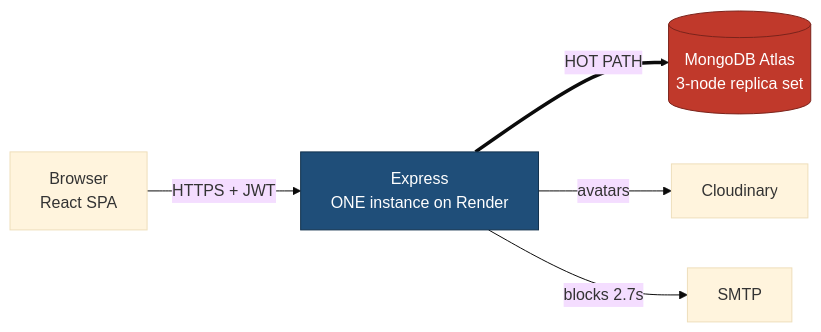
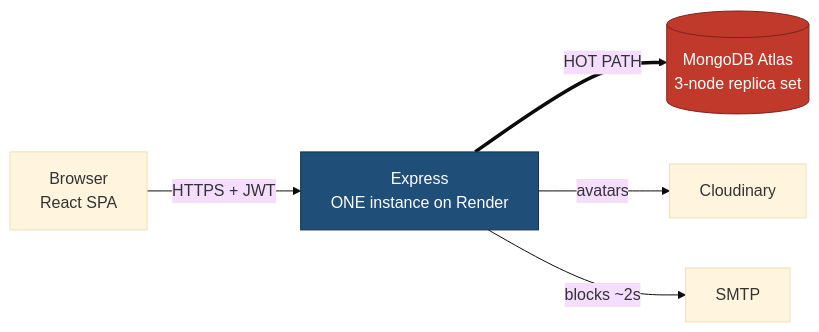
One commit to victor-chukwuemeke/kanban-backend- changed the first of 3 diagrams in docs/ARCHITECTURE.md. Above: the diagram before and after it, drawn with Mermaid (base theme). The commit also changed other lines of this file and 1 other file, not shown here.

First line of the commit message:
docs: quote SMTP handshake as ~2s and save its evidence

````diff
--- a/docs/ARCHITECTURE.md
+++ b/docs/ARCHITECTURE.md
@@ -22,16 +22,16 @@
 ```mermaid
 flowchart LR
     Browser["Browser<br/>React SPA"]
     Express["Express<br/>ONE instance on Render"]
     Mongo[("MongoDB Atlas<br/>3-node replica set")]
     Cloud["Cloudinary"]
     Smtp["SMTP"]
 
     Browser -->|HTTPS + JWT| Express
     Express ==>|"HOT PATH"| Mongo
     Express -->|avatars| Cloud
-    Express -->|"blocks 2.7s"| Smtp
+    Express -->|"blocks ~2s"| Smtp
 
     style Mongo fill:#c0392b,stroke:#7b241c,color:#fff
     style Express fill:#1f4e79,stroke:#12314d,color:#fff
 ```
````
